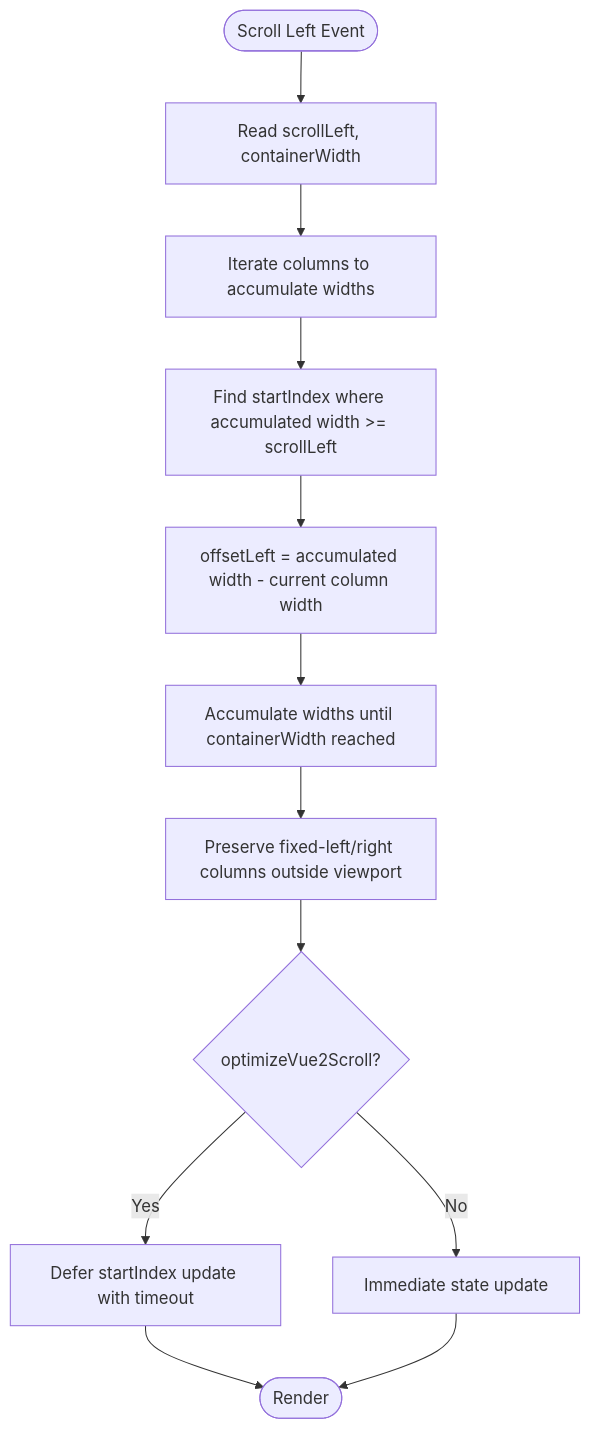
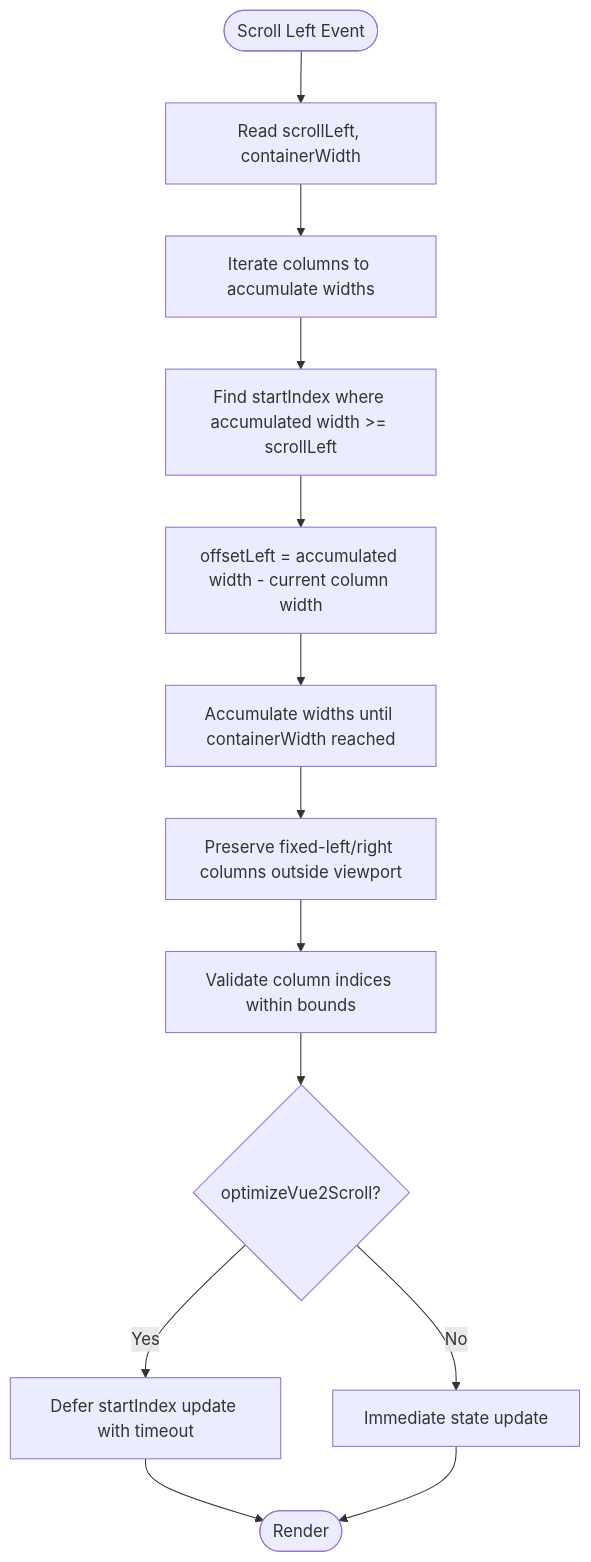
The fourth of 6 diagrams in .qoder/repowiki/en/content/Core Concepts/Virtual Scrolling/Virtual Scroll Configuration.md (ja-plus/stk-table-vue), drawn with Mermaid before and after one commit. The commit also changed other lines of this file and 3 other files, not shown here.

````diff
--- a/.qoder/repowiki/en/content/Core Concepts/Virtual Scrolling/Virtual Scroll Configuration.md
+++ b/.qoder/repowiki/en/content/Core Concepts/Virtual Scrolling/Virtual Scroll Configuration.md
@@ -215,14 +249,15 @@
 ```mermaid
 flowchart TD
 StartX(["Scroll Left Event"]) --> ReadX["Read scrollLeft, containerWidth"]
 ReadX --> LoopCols["Iterate columns to accumulate widths"]
 LoopCols --> FindStart["Find startIndex where accumulated width >= scrollLeft"]
 FindStart --> ComputeOffset["offsetLeft = accumulated width - current column width"]
 ComputeOffset --> ComputeEnd["Accumulate widths until containerWidth reached"]
 ComputeEnd --> FixFixed["Preserve fixed-left/right columns outside viewport"]
-FixFixed --> OptimizeX{"optimizeVue2Scroll?"}
+FixFixed --> BoundsCheck["Validate column indices within bounds"]
+BoundsCheck --> OptimizeX{"optimizeVue2Scroll?"}
 OptimizeX --> |Yes| DeferX["Defer startIndex update with timeout"]
 OptimizeX --> |No| ImmediateX["Immediate state update"]
 DeferX --> EndX(["Render"])
 ImmediateX --> EndX
 ```
````
